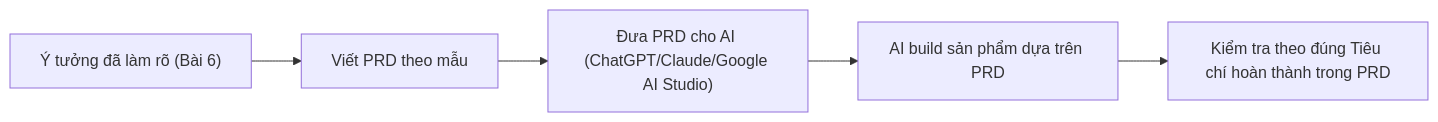
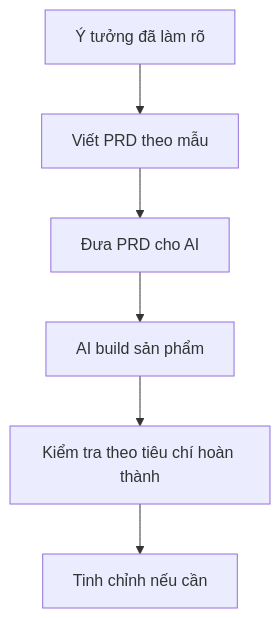
The diagram in khoa-hoc-vibe-coding-co-ban/Module 03 - Tu No-Code Den Vibe Coding/07-prd-la-gi.md (AlanKhan145/course-knowledge-base), drawn with Mermaid before and after one commit. The commit also changed other lines of this file and 19 other files, not shown here.

````diff
--- a/khoa-hoc-vibe-coding-co-ban/Module 03 - Tu No-Code Den Vibe Coding/07-prd-la-gi.md
+++ b/khoa-hoc-vibe-coding-co-ban/Module 03 - Tu No-Code Den Vibe Coding/07-prd-la-gi.md
@@ -106,7 +147,8 @@
 ```mermaid
-flowchart LR
-    A["Ý tưởng đã làm rõ (Bài 6)"] --> B["Viết PRD theo mẫu"]
-    B --> C["Đưa PRD cho AI (ChatGPT/Claude/Google AI Studio)"]
-    C --> D["AI build sản phẩm dựa trên PRD"]
-    D --> E["Kiểm tra theo đúng Tiêu chí hoàn thành trong PRD"]
+flowchart TD
+    A["Ý tưởng đã làm rõ"] --> B["Viết PRD theo mẫu"]
+    B --> C["Đưa PRD cho AI"]
+    C --> D["AI build sản phẩm"]
+    D --> E["Kiểm tra theo tiêu chí hoàn thành"]
+    E --> F["Tinh chỉnh nếu cần"]
 ```
````
